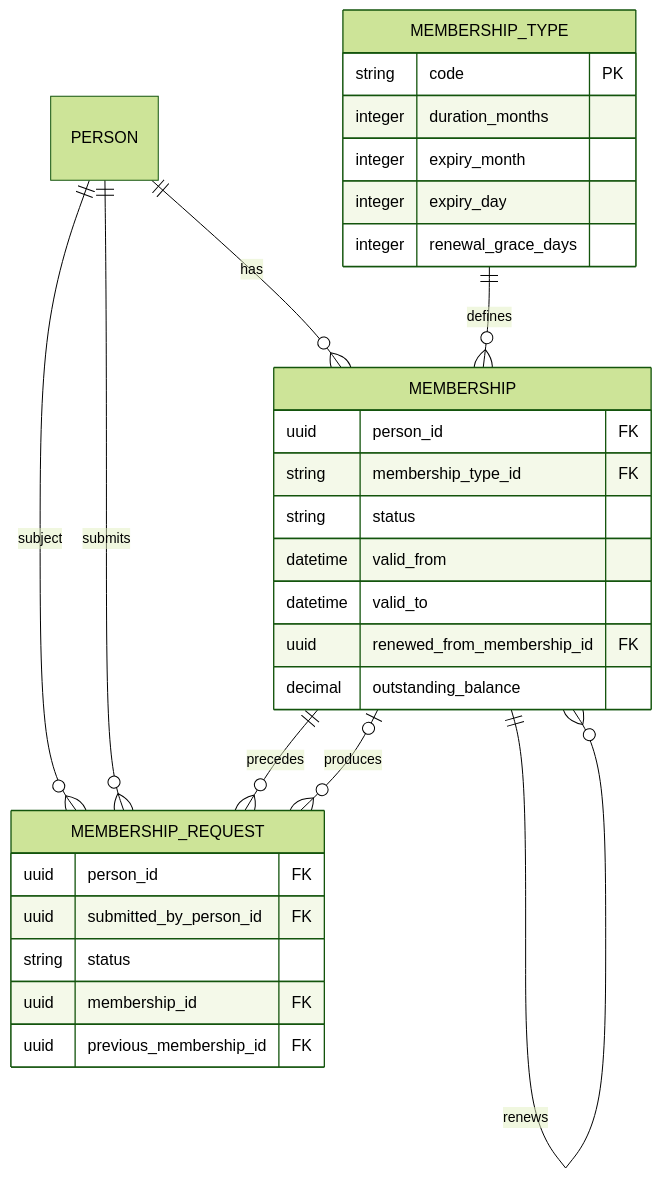
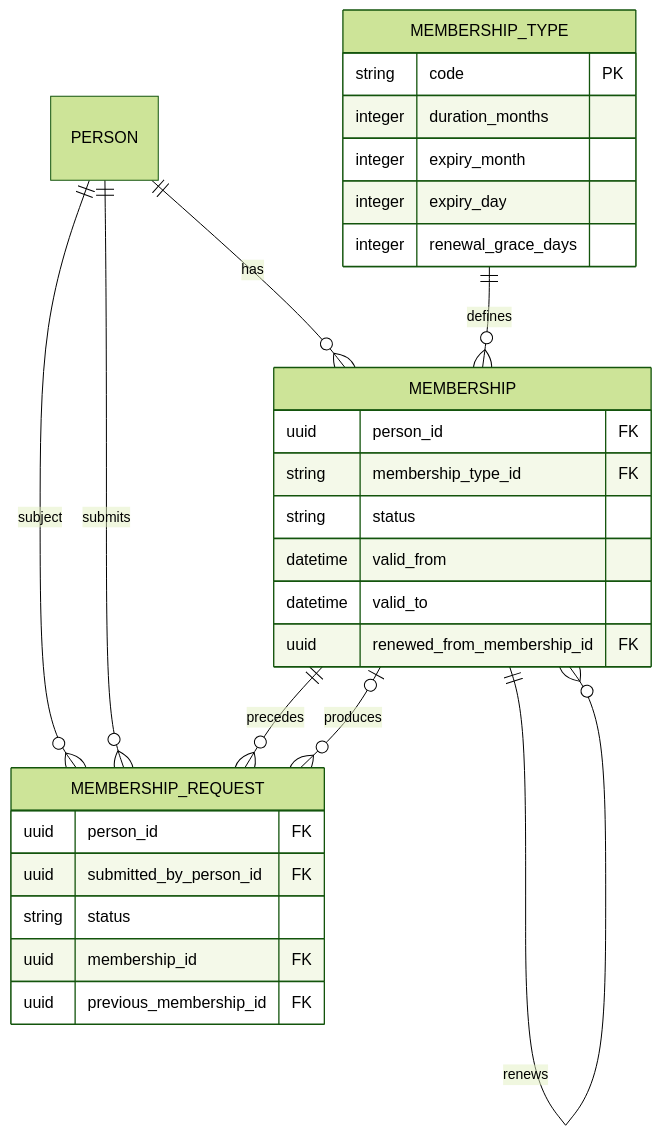
One commit to azduha/taborak-specification changed the fourth of 5 diagrams in docs/appendix/erd.md. Above: the diagram before and after it, drawn with Mermaid (forest theme). The commit also changed 28 other files, not shown here.

````diff
--- a/docs/appendix/erd.md
+++ b/docs/appendix/erd.md
@@ -242,33 +242,32 @@
 ```mermaid
 erDiagram
     MEMBERSHIP_TYPE {
         string code PK
         integer duration_months
         integer expiry_month
         integer expiry_day
         integer renewal_grace_days
     }
     MEMBERSHIP {
         uuid person_id FK
         string membership_type_id FK
         string status
         datetime valid_from
         datetime valid_to
         uuid renewed_from_membership_id FK
-        decimal outstanding_balance
     }
     MEMBERSHIP_REQUEST {
         uuid person_id FK
         uuid submitted_by_person_id FK
         string status
         uuid membership_id FK
         uuid previous_membership_id FK
     }
     PERSON ||--o{ MEMBERSHIP : has
     MEMBERSHIP_TYPE ||--o{ MEMBERSHIP : defines
     MEMBERSHIP ||--o{ MEMBERSHIP : renews
     PERSON ||--o{ MEMBERSHIP_REQUEST : subject
     PERSON ||--o{ MEMBERSHIP_REQUEST : submits
     MEMBERSHIP_REQUEST }o--o| MEMBERSHIP : produces
     MEMBERSHIP ||--o{ MEMBERSHIP_REQUEST : precedes
 ```
````
